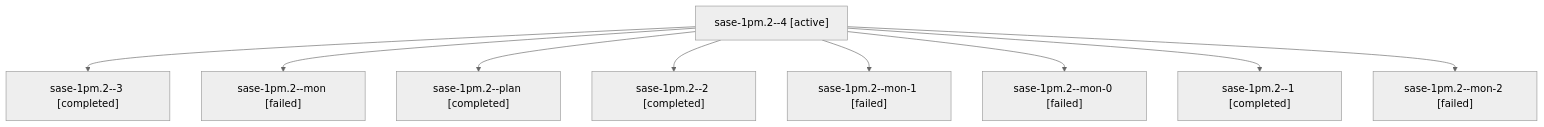
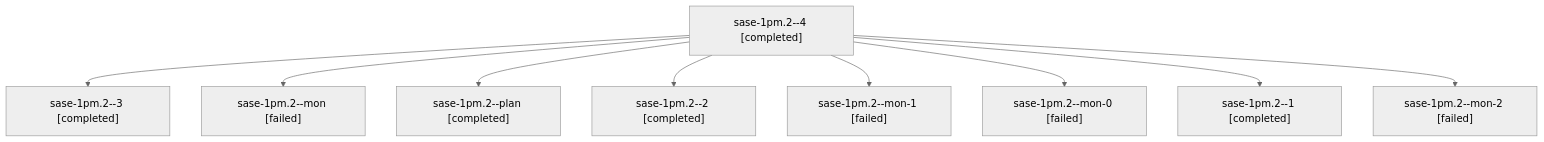
Before and after one commit to sase-org/sase--agents: the diagram in sessions/bbugyi200.athena.sase-1pm.2.md, drawn with Mermaid (neutral theme). The commit also changed other lines of this file and 37 other files, not shown here.

````diff
--- a/sessions/bbugyi200.athena.sase-1pm.2.md
+++ b/sessions/bbugyi200.athena.sase-1pm.2.md
@@ -9,20 +9,20 @@
 ```mermaid
 flowchart TD
-  n0["sase-1pm.2--4 [active]"]
+  n0["sase-1pm.2--4 [completed]"]
   n1["sase-1pm.2--3 [completed]"]
   n0 --> n1
   n2["sase-1pm.2--mon [failed]"]
   n0 --> n2
   n3["sase-1pm.2--plan [completed]"]
   n0 --> n3
   n4["sase-1pm.2--2 [completed]"]
   n0 --> n4
   n5["sase-1pm.2--mon-1 [failed]"]
   n0 --> n5
   n6["sase-1pm.2--mon-0 [failed]"]
   n0 --> n6
   n7["sase-1pm.2--1 [completed]"]
   n0 --> n7
   n8["sase-1pm.2--mon-2 [failed]"]
   n0 --> n8
 ```
````
